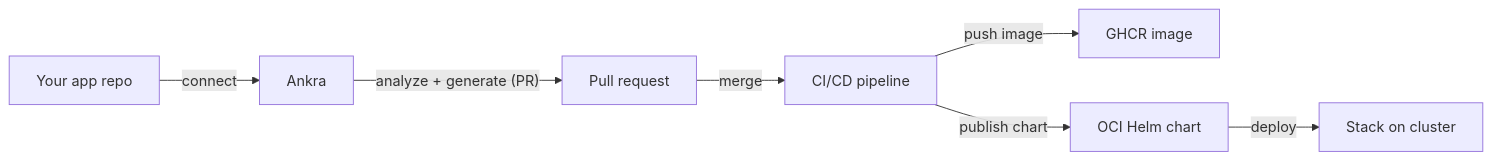
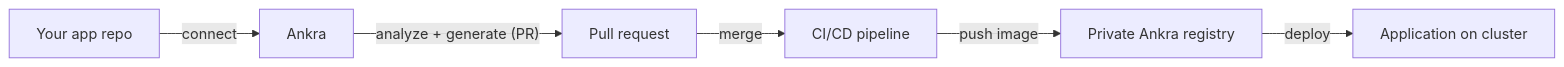
Before and after one commit to ankraio/ankra-docs: the diagram in concepts/applications.mdx, drawn with Mermaid. The commit also changed other lines of this file and 3 other files, not shown here.

First line of the commit message:
docs: applications build to the private Ankra registry (GHCR cut)

````diff
--- a/concepts/applications.mdx
+++ b/concepts/applications.mdx
@@ -21,9 +21,8 @@
 ```mermaid
 flowchart LR
     Repo[Your app repo] -->|connect| Ankra[Ankra]
     Ankra -->|"analyze + generate (PR)"| PR[Pull request]
     PR -->|merge| CICD[CI/CD pipeline]
-    CICD -->|push image| GHCR[GHCR image]
-    CICD -->|publish chart| Chart[OCI Helm chart]
-    Chart -->|deploy| Stack[Stack on cluster]
+    CICD -->|push image| Registry[Private Ankra registry]
+    Registry -->|deploy| Cluster[Application on cluster]
 ```
````
